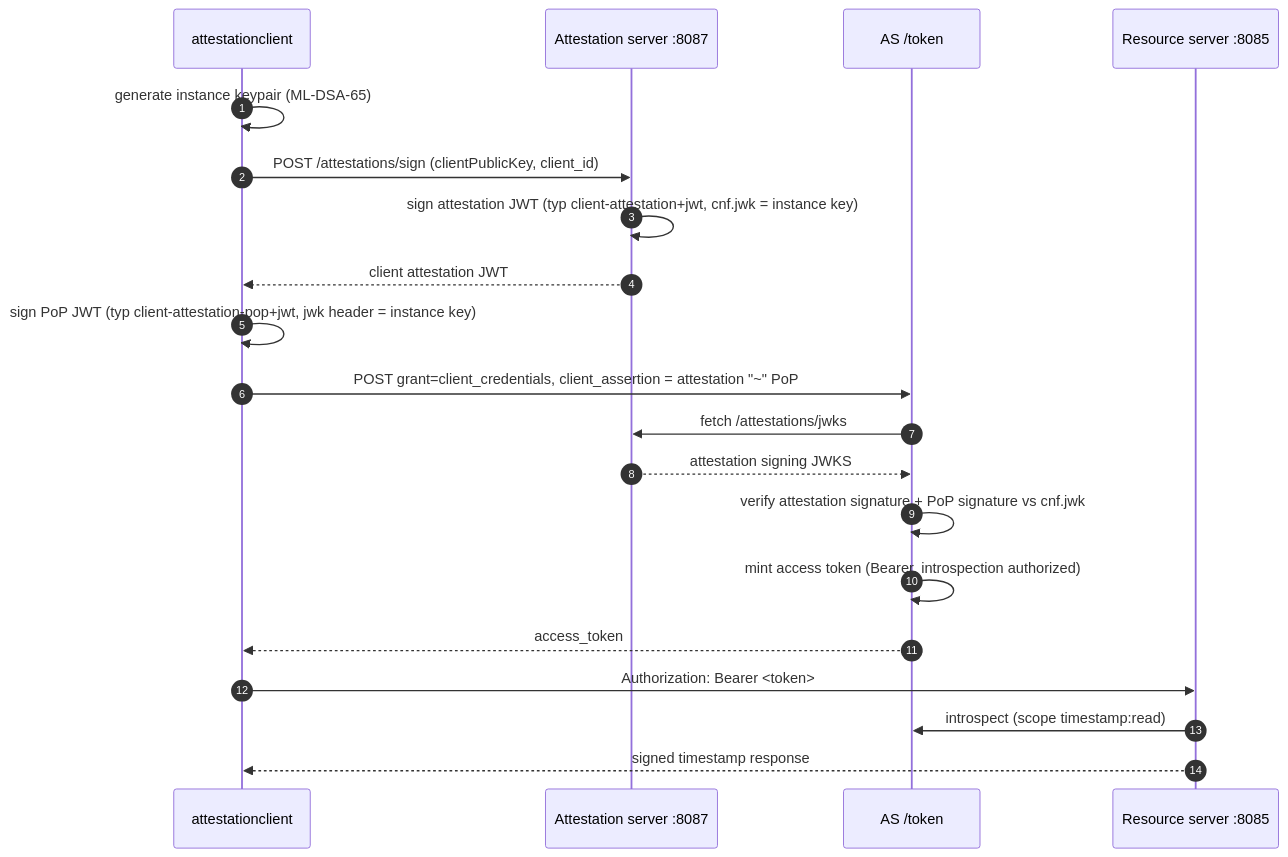
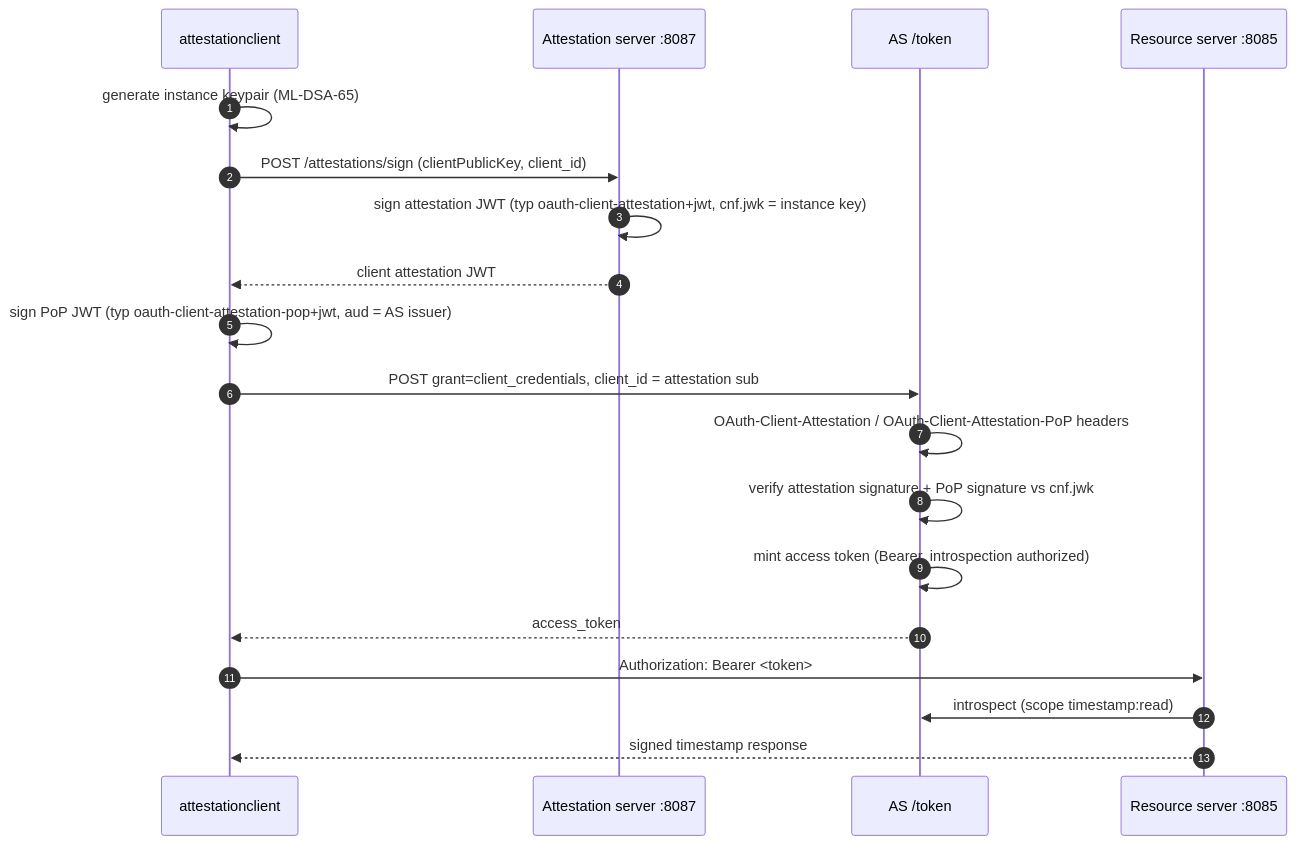
Before and after one commit to zntrio/solid: the diagram in examples/attestationclient/README.md, drawn with Mermaid. The commit also changed other lines of this file and 109 other files, not shown here.

First line of the commit message:
feat: selective disclosure tokens, client attestation, dynamic registration and gRPC backend (#135)

````diff
--- a/examples/attestationclient/README.md
+++ b/examples/attestationclient/README.md
@@ -14,23 +14,22 @@
 ```mermaid
 sequenceDiagram
     autonumber
     participant C as attestationclient
     participant AS as Attestation server :8087
     participant T as AS /token
     participant R as Resource server :8085
 
     C->>C: generate instance keypair (ML-DSA-65)
     C->>AS: POST /attestations/sign (clientPublicKey, client_id)
-    AS->>AS: sign attestation JWT (typ client-attestation+jwt, cnf.jwk = instance key)
+    AS->>AS: sign attestation JWT (typ oauth-client-attestation+jwt, cnf.jwk = instance key)
     AS-->>C: client attestation JWT
-    C->>C: sign PoP JWT (typ client-attestation-pop+jwt, jwk header = instance key)
-    C->>T: POST grant=client_credentials, client_assertion = attestation "~" PoP
-    T->>AS: fetch /attestations/jwks
-    AS-->>T: attestation signing JWKS
+    C->>C: sign PoP JWT (typ oauth-client-attestation-pop+jwt, aud = AS issuer)
+    C->>T: POST grant=client_credentials, client_id = attestation sub
+    T->>T: OAuth-Client-Attestation / OAuth-Client-Attestation-PoP headers
     T->>T: verify attestation signature + PoP signature vs cnf.jwk
     T->>T: mint access token (Bearer, introspection authorized)
     T-->>C: access_token
     C->>R: Authorization: Bearer <token>
     R->>T: introspect (scope timestamp:read)
     R-->>C: signed timestamp response
 ```
````
